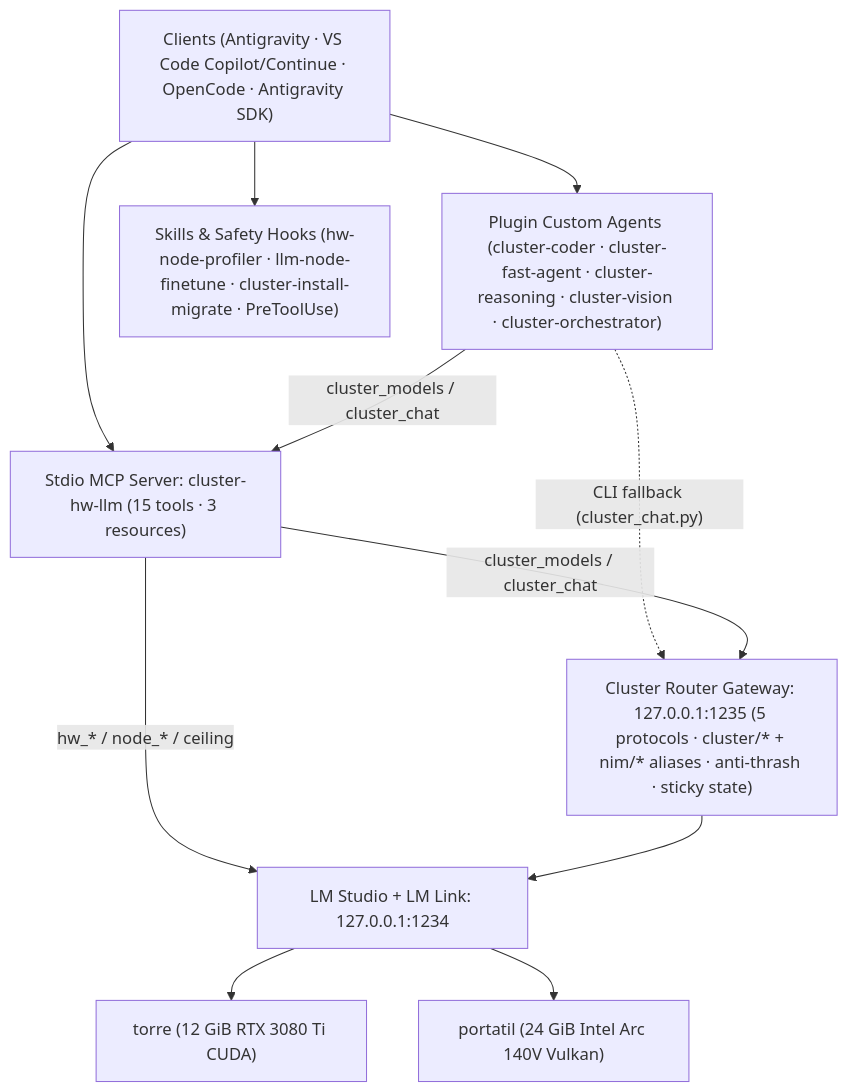
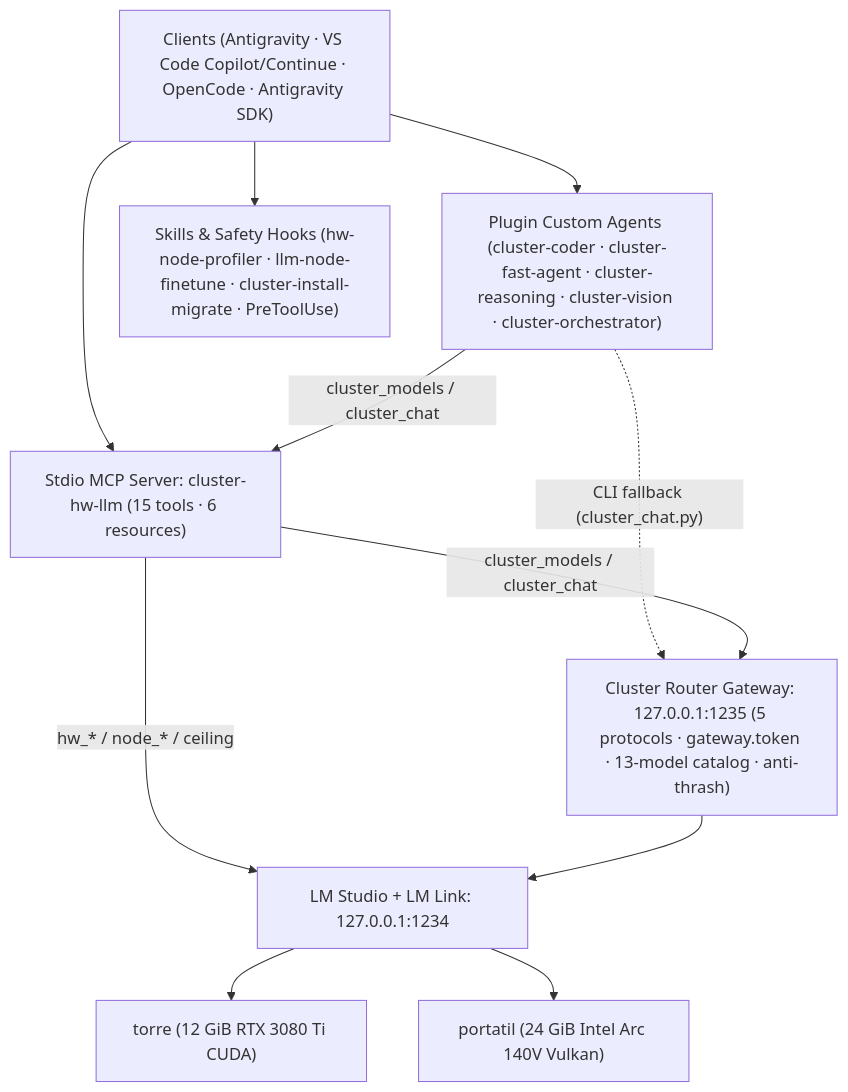
Before and after one commit to hvepo/cluster-hw-llm-optimization: the diagram in docs/AGENT_COLLABORATION.md, drawn with Mermaid. The commit also changed other lines of this file and 31 other files, not shown here.

Commit message:
feat(security,ha,mcp): harden gateway auth/CORS, peer token hygiene, /takeover, MCP v1.4.0, and portability

````diff
--- a/docs/AGENT_COLLABORATION.md
+++ b/docs/AGENT_COLLABORATION.md
@@ -11,22 +11,22 @@
 ```mermaid
 flowchart TD
     Clients["Clients (Antigravity · VS Code Copilot/Continue · OpenCode · Antigravity SDK)"]
     PluginAgents["Plugin Custom Agents (cluster-coder · cluster-fast-agent · cluster-reasoning · cluster-vision · cluster-orchestrator)"]
     SkillsHooks["Skills & Safety Hooks (hw-node-profiler · llm-node-finetune · cluster-install-migrate · PreToolUse)"]
-    MCP["Stdio MCP Server: cluster-hw-llm (15 tools · 3 resources)"]
-    Gateway["Cluster Router Gateway: 127.0.0.1:1235 (5 protocols · cluster/* + nim/* aliases · anti-thrash · sticky state)"]
+    MCP["Stdio MCP Server: cluster-hw-llm (15 tools · 6 resources)"]
+    Gateway["Cluster Router Gateway: 127.0.0.1:1235 (5 protocols · gateway.token · 13-model catalog · anti-thrash)"]
     LMLink["LM Studio + LM Link: 127.0.0.1:1234"]
     Torre["torre (12 GiB RTX 3080 Ti CUDA)"]
     Portatil["portatil (24 GiB Intel Arc 140V Vulkan)"]
 
     Clients --> PluginAgents
     Clients --> SkillsHooks
     Clients --> MCP
     PluginAgents -->|"cluster_models / cluster_chat"| MCP
     PluginAgents -.->|"CLI fallback (cluster_chat.py)"| Gateway
     MCP -->|"cluster_models / cluster_chat"| Gateway
     MCP -->|"hw_* / node_* / ceiling"| LMLink
     Gateway --> LMLink
     LMLink --> Torre
     LMLink --> Portatil
 ```
````
